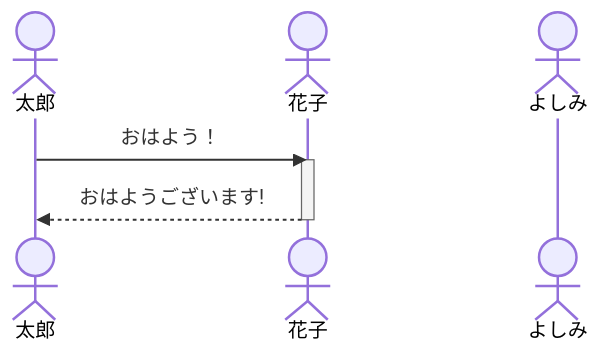
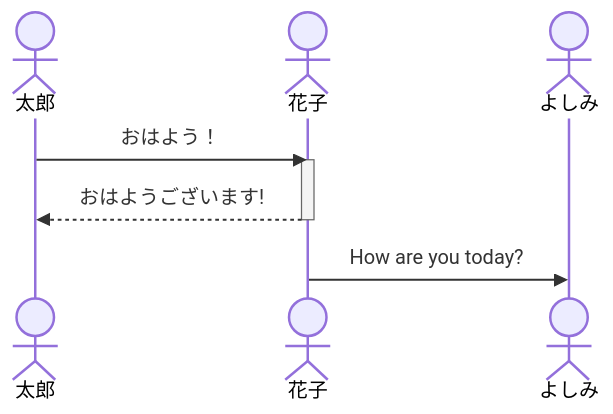
The second of 3 diagrams in README.md (tpu-game-2023/mermaid_test), drawn with Mermaid before and after one commit.

````diff
--- a/README.md
+++ b/README.md
@@ -38,10 +38,14 @@
 ```mermaid
 sequenceDiagram
     actor 太郎
     actor 花子
     actor よしみ
     太郎->>花子: おはよう！
     activate 花子
     花子-->>太郎: おはようございます!
     deactivate 花子
+    花子->>よしみ :How are you today?
+    activate　花子
+    activate　太郎
+    
 ```
````
